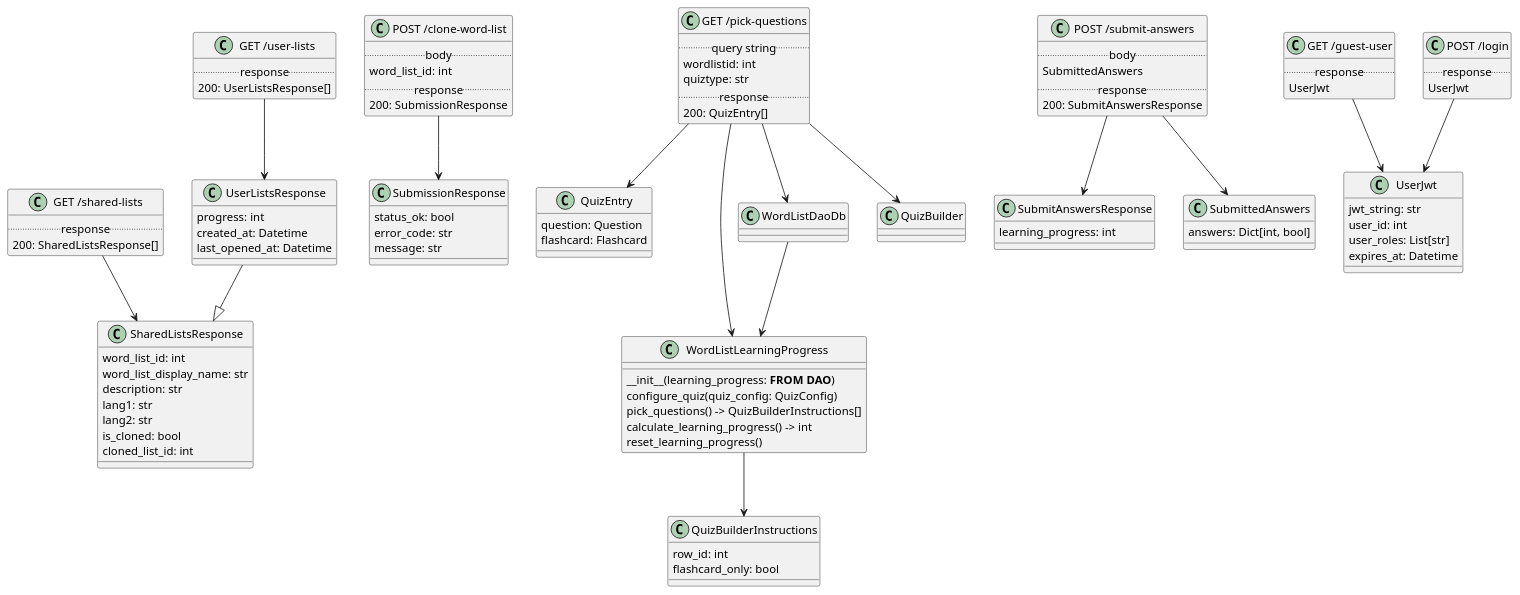
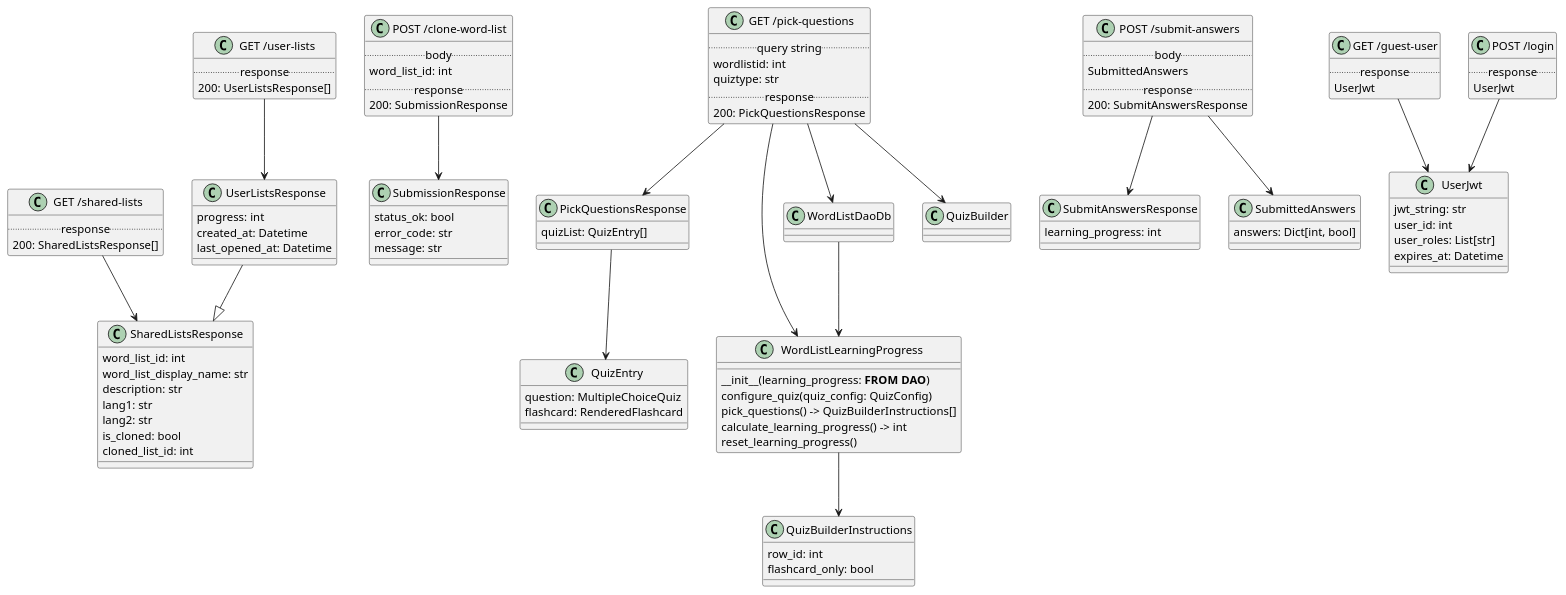
One commit to robertradnai/vocabulary-srv changed the diagram in docs/class_diagram.puml. Above: the diagram before and after it, drawn with PlantUML. The commit also changed 4 other files, not shown here.

Commit message:
Updated pick-questions to use dataclasses

```diff
--- a/docs/class_diagram.puml
+++ b/docs/class_diagram.puml
@@ -2,134 +2,139 @@
 @startuml
 
 
 ' *****
 
 "GET /shared-lists" --> SharedListsResponse
 
 class "GET /shared-lists" {
    .. response ..
    200: SharedListsResponse[]
 }
 
 class SharedListsResponse {
     word_list_id: int
     word_list_display_name: str
     description: str
     lang1: str
     lang2: str
     is_cloned: bool
     cloned_list_id: int
 }
 
 ' *****
 
 "GET /user-lists" --> UserListsResponse
 class "GET /user-lists" {
    .. response ..
    200: UserListsResponse[]
 }
 
 UserListsResponse --|> SharedListsResponse
 class UserListsResponse {
     progress: int
     created_at: Datetime
     last_opened_at: Datetime
 }
 
 "POST /clone-word-list" --> SubmissionResponse
 class "POST /clone-word-list" {
    .. body ..
    word_list_id: int
    .. response ..
    200: SubmissionResponse
 }
 
 ' *****
 
-"GET /pick-questions" --> QuizEntry
+"GET /pick-questions" --> PickQuestionsResponse
+PickQuestionsResponse --> QuizEntry
 
 class "GET /pick-questions" {
    .. query string ..
    wordlistid: int
    quiztype: str
    .. response ..
-   200: QuizEntry[]
+   200: PickQuestionsResponse
+}
+
+class PickQuestionsResponse {
+    quizList: QuizEntry[]
 }
 
 class QuizEntry {
-    question: Question
-    flashcard: Flashcard
+    question: MultipleChoiceQuiz
+    flashcard: RenderedFlashcard
 }
 
 ' *****
 "POST /submit-answers" --> SubmitAnswersResponse
 "POST /submit-answers" --> SubmittedAnswers
 
 class "POST /submit-answers" {
    .. body ..
    SubmittedAnswers
    .. response ..
    200: SubmitAnswersResponse
 }
 
 class SubmissionResponse {
   status_ok: bool
   error_code: str
   message: str
 }
 
 class SubmitAnswersResponse {
     learning_progress: int
 }
 
 class SubmittedAnswers {
     answers: Dict[int, bool]
 }
 
 
 ' *****
 
 "GET /guest-user" --> UserJwt
 
 class "GET /guest-user" {
     .. response ..
     UserJwt
 }
 class UserJwt {
     jwt_string: str
     user_id: int
     user_roles: List[str]
     expires_at: Datetime
 }
 
 "POST /login" --> UserJwt
 class "POST /login" {
     .. response ..
     UserJwt
 }
 
 ' *****
 ' *****
 
 "GET /pick-questions" --> WordListLearningProgress
 "GET /pick-questions" --> WordListDaoDb
 "GET /pick-questions" --> QuizBuilder
 
 WordListDaoDb --> WordListLearningProgress
 WordListLearningProgress --> QuizBuilderInstructions
 
 
 class WordListLearningProgress {
     {method} __init__(learning_progress: **FROM DAO**)
     {method} configure_quiz(quiz_config: QuizConfig)
     {method} pick_questions() -> QuizBuilderInstructions[]
     {method} calculate_learning_progress() -> int
     {method} reset_learning_progress()
 }
 
 class QuizBuilderInstructions {
     row_id: int
     flashcard_only: bool
 }
 
 @enduml
```
